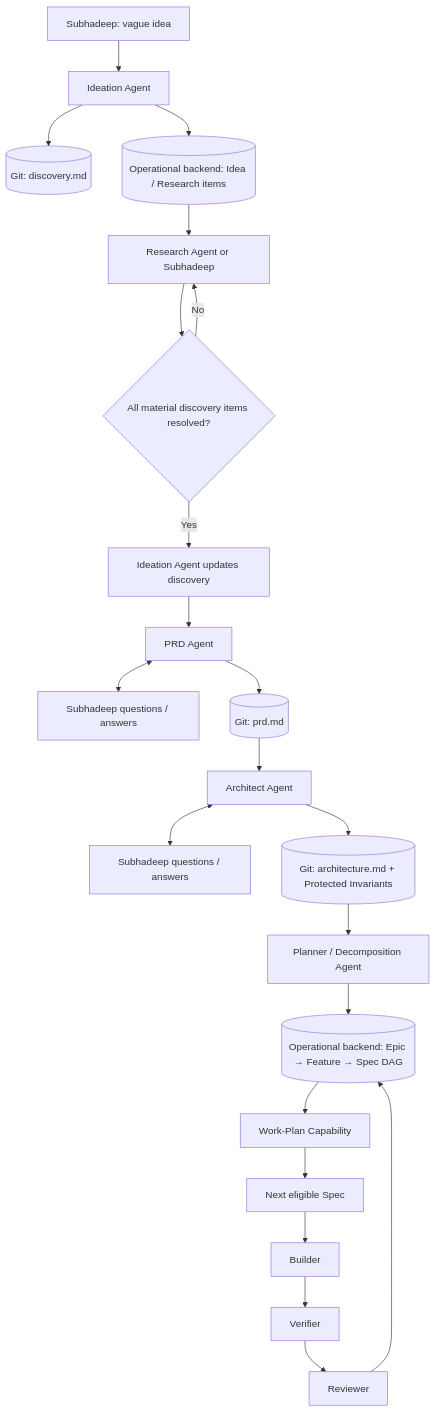
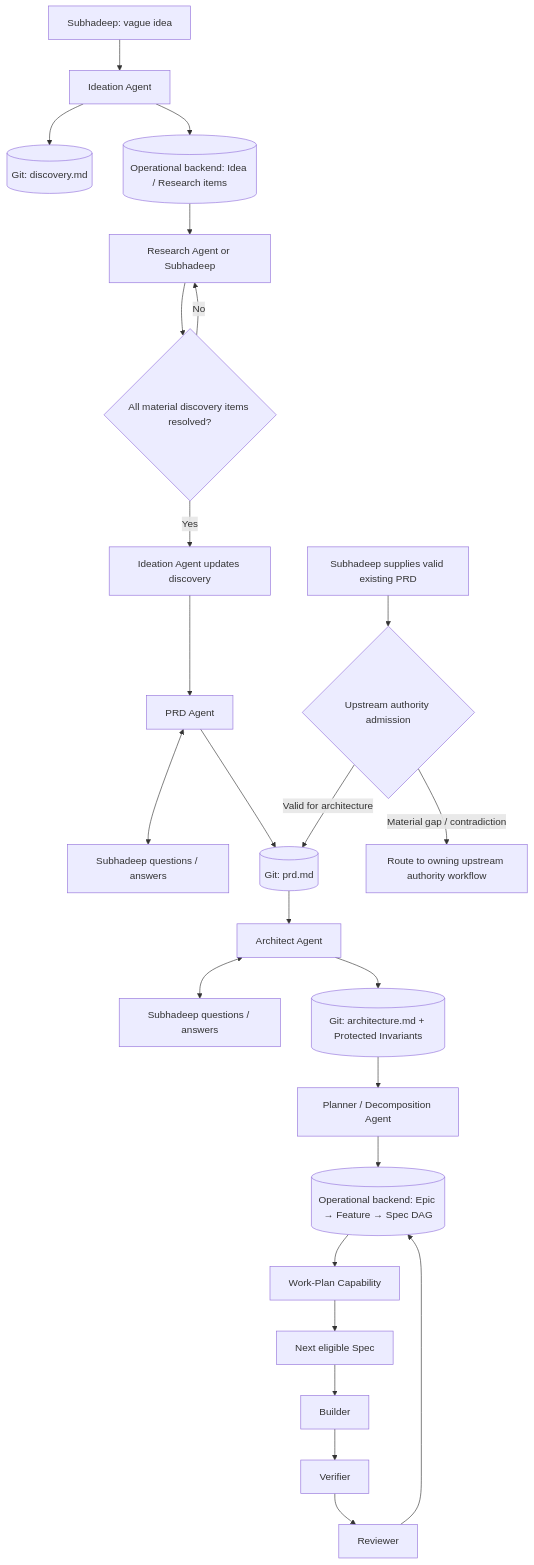
One commit to subhadlearner/SubhForge changed the first of 9 diagrams in design/V0.2-WORKFLOW-CONTRACTS.md. Above: the diagram before and after it, drawn with Mermaid. The commit also changed other lines of this file, not shown here.

Commit message:
Carry v0.1.1 upstream-authority ceremony bypass into v0.2

````diff
--- a/design/V0.2-WORKFLOW-CONTRACTS.md
+++ b/design/V0.2-WORKFLOW-CONTRACTS.md
@@ -188,24 +188,29 @@
 ```mermaid
 flowchart TD
     U[Subhadeep: vague idea] --> I[Ideation Agent]
     I --> D[(Git: discovery.md)]
     I --> Q[(Operational backend: Idea / Research items)]
     Q --> R[Research Agent or Subhadeep]
     R --> Q2{All material discovery items resolved?}
     Q2 -- No --> R
     Q2 -- Yes --> I2[Ideation Agent updates discovery]
     I2 --> P[PRD Agent]
     P <--> PU[Subhadeep questions / answers]
     P --> PRD[(Git: prd.md)]
+
+    EPRD[Subhadeep supplies valid existing PRD] --> ADM{Upstream authority admission}
+    ADM -- Valid for architecture --> PRD
+    ADM -- Material gap / contradiction --> OWN[Route to owning upstream authority workflow]
+
     PRD --> A[Architect Agent]
     A <--> AU[Subhadeep questions / answers]
     A --> ARCH[(Git: architecture.md + Protected Invariants)]
     ARCH --> PL[Planner / Decomposition Agent]
     PL --> J[(Operational backend: Epic → Feature → Spec DAG)]
     J --> WP[Work-Plan Capability]
     WP --> S[Next eligible Spec]
     S --> B[Builder]
     B --> V[Verifier]
     V --> RV[Reviewer]
     RV --> J
 ```
````
